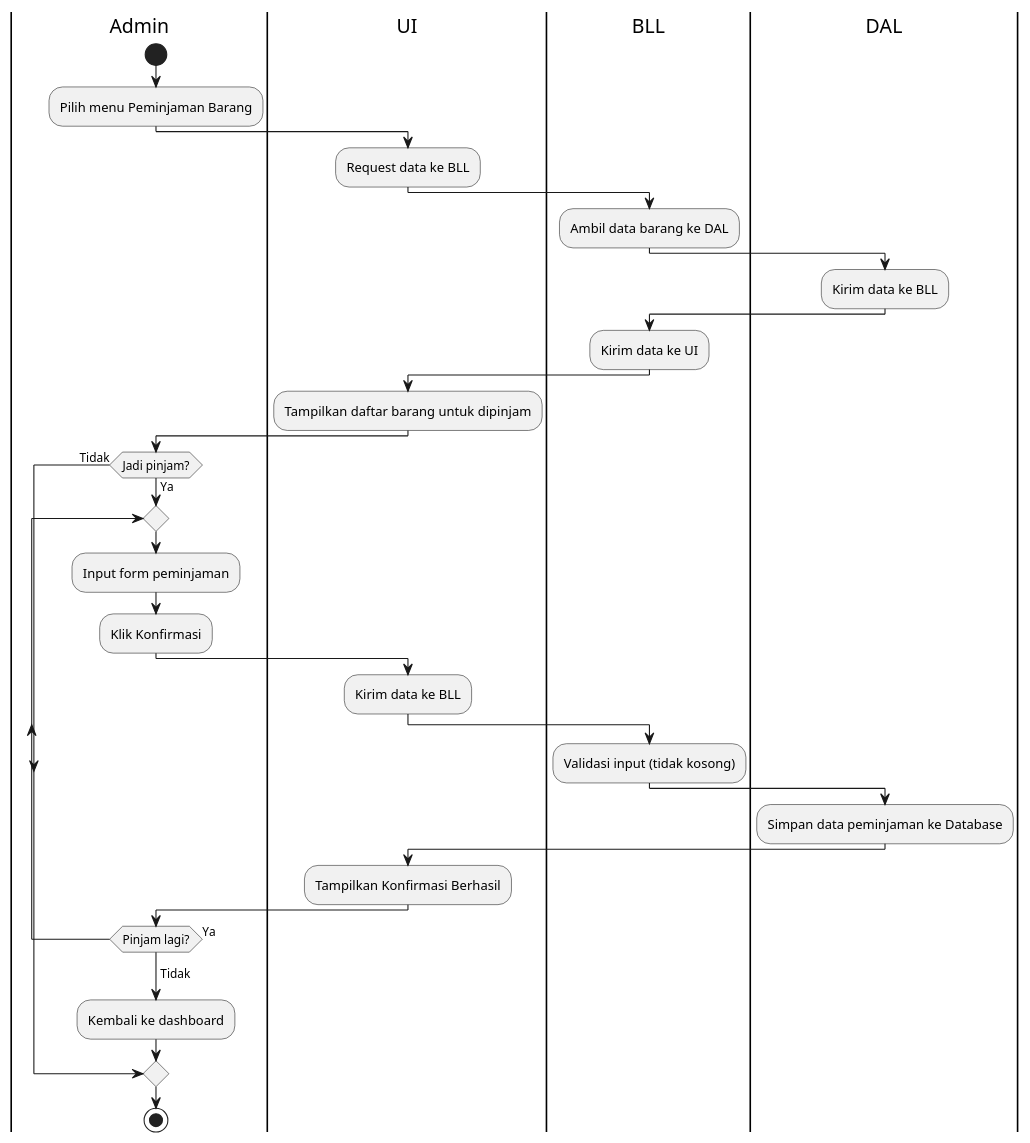
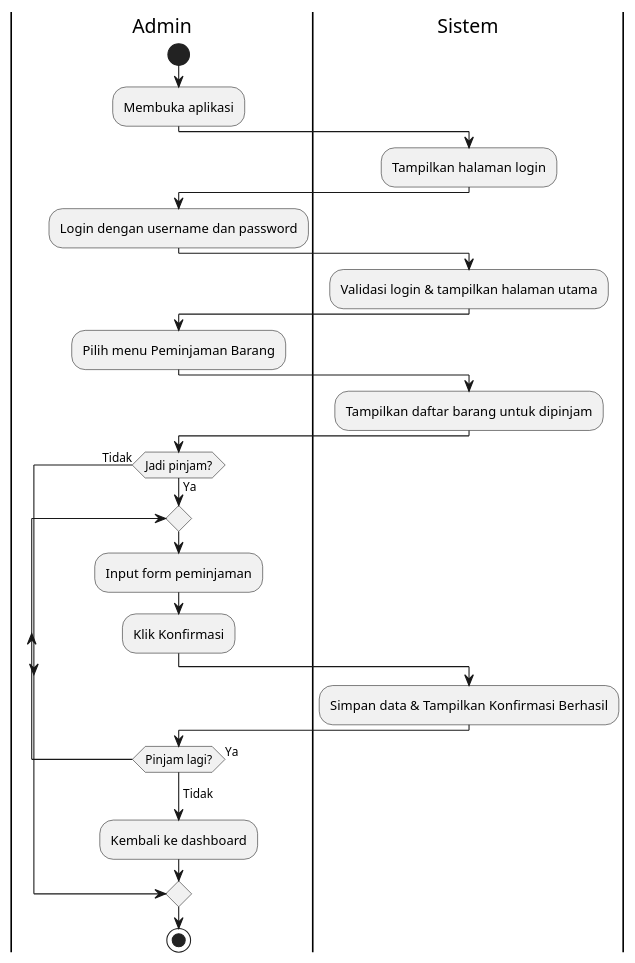
The diagram in Activity Diagram/activityPermintaanBarang.puml (Fannandya/diagramPABD), drawn with PlantUML before and after one commit.

Commit message:
mengganti activity permintaan barang

```diff
--- a/Activity Diagram/activityPermintaanBarang.puml
+++ b/Activity Diagram/activityPermintaanBarang.puml
@@ -1,48 +1,34 @@
 @startuml activityPeminjamanBarang
 |Admin|
 start
+:Membuka aplikasi;
+|Sistem|
+:Tampilkan halaman login;
+|Admin|
+:Login dengan username dan password;
+|Sistem|
+:Validasi login & tampilkan halaman utama;
+|Admin|
 :Pilih menu Peminjaman Barang;
 
-|UI|
-:Request data ke BLL;
-
-|BLL|
-:Ambil data barang ke DAL;
-
-|DAL|
-:Kirim data ke BLL;
-
-|BLL|
-:Kirim data ke UI;
-
-|UI|
+|Sistem|
 :Tampilkan daftar barang untuk dipinjam;
 
 |Admin|
 if (Jadi pinjam?) then (Ya)
   repeat
     |Admin|
     :Input form peminjaman;
     :Klik Konfirmasi;
-
-    |UI|
-    :Kirim data ke BLL;
-
-    |BLL|
-    :Validasi input (tidak kosong);
-
-    |DAL|
-    :Simpan data peminjaman ke Database;
-
-    |UI|
-    :Tampilkan Konfirmasi Berhasil;
+    |Sistem|
+    :Simpan data & Tampilkan Konfirmasi Berhasil;
 
     |Admin|
   repeat while (Pinjam lagi?) is (Ya)
   ->Tidak;
   :Kembali ke dashboard;
 else (Tidak)
 endif
 
 stop
 @enduml
```
